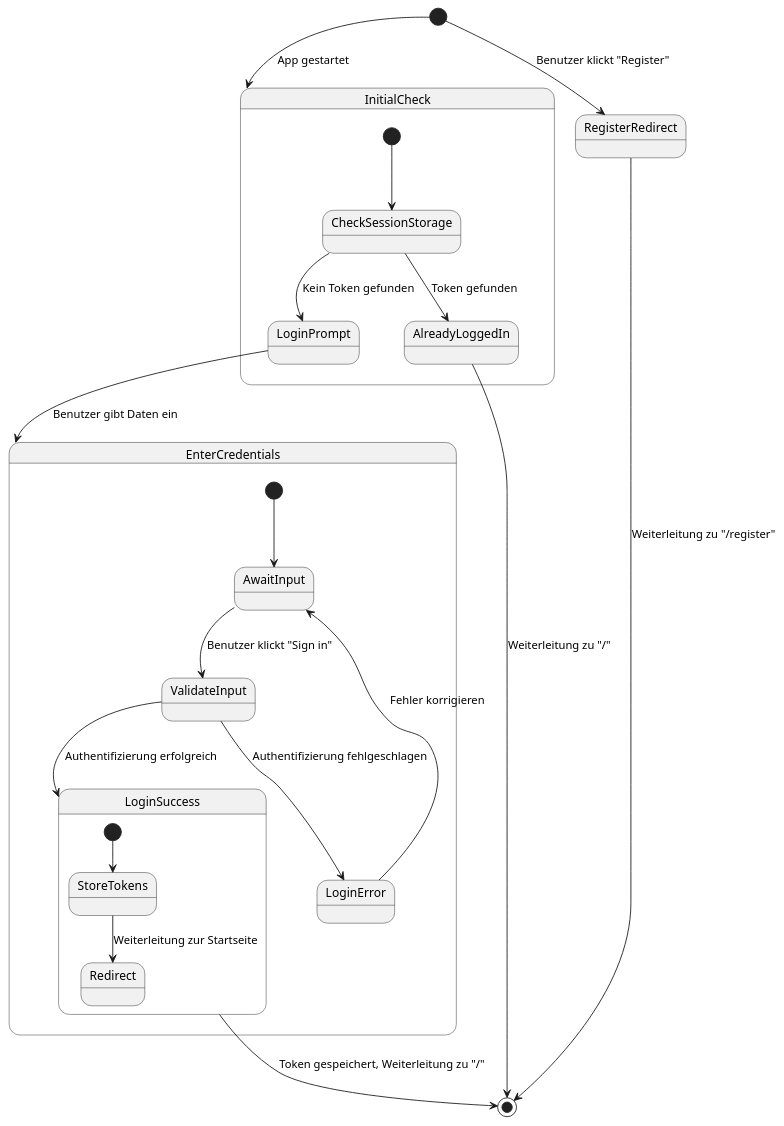
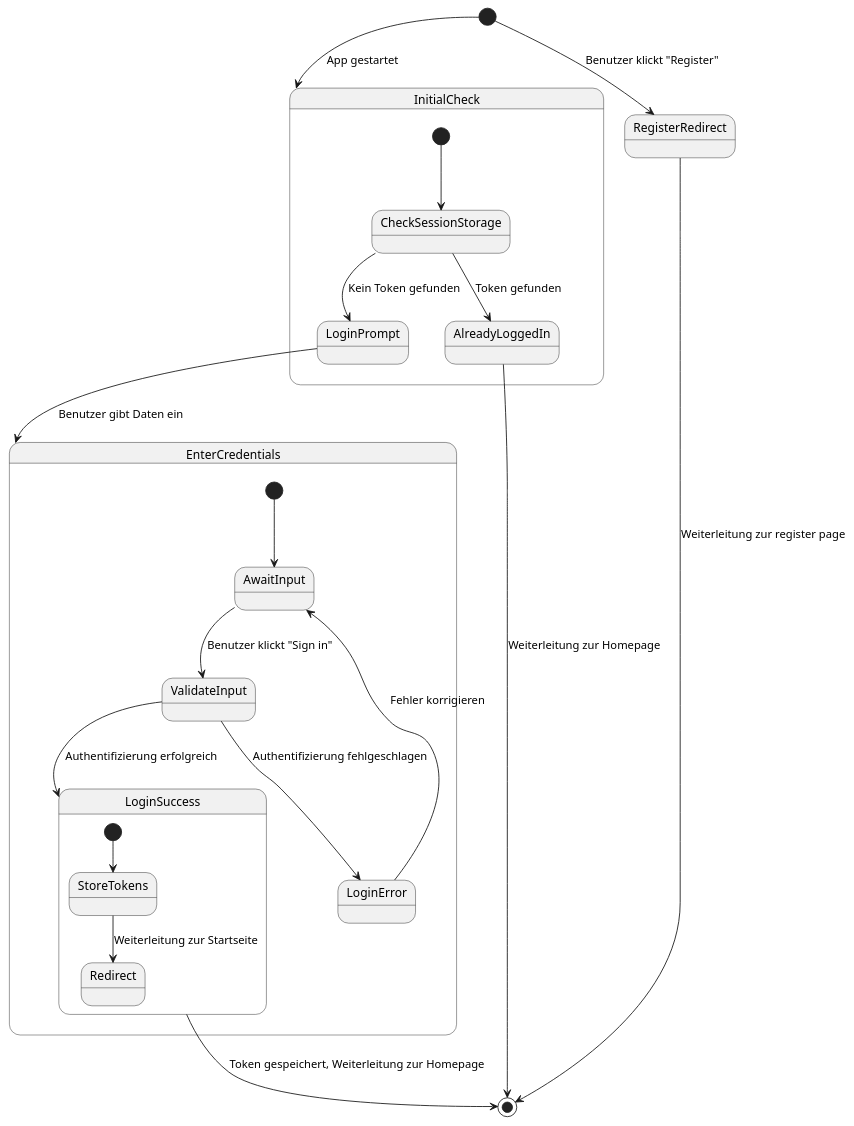
The diagram in .extras/doc/login.puml (MarioMansaku/Project_Abgabe.2), drawn with PlantUML before and after one commit. The commit also changed 2 other files, not shown here.

Commit message:
Updated Plantuml Diagramme

```diff
--- a/.extras/doc/login.puml
+++ b/.extras/doc/login.puml
@@ -1,30 +1,30 @@
 @startuml Login
 [*] --> InitialCheck : App gestartet
 
 state InitialCheck {
   [*] --> CheckSessionStorage
   CheckSessionStorage --> AlreadyLoggedIn : Token gefunden
   CheckSessionStorage --> LoginPrompt : Kein Token gefunden
 }
 
-AlreadyLoggedIn --> [*] : Weiterleitung zu "/"
+AlreadyLoggedIn --> [*] : Weiterleitung zur Homepage 
 LoginPrompt --> EnterCredentials : Benutzer gibt Daten ein
 
 state EnterCredentials {
   [*] --> AwaitInput
   AwaitInput --> ValidateInput : Benutzer klickt "Sign in"
   ValidateInput --> LoginSuccess : Authentifizierung erfolgreich
   ValidateInput --> LoginError : Authentifizierung fehlgeschlagen
 }
 
 LoginError --> AwaitInput : Fehler korrigieren
-LoginSuccess --> [*] : Token gespeichert, Weiterleitung zu "/"
+LoginSuccess --> [*] : Token gespeichert, Weiterleitung zur Homepage
 
 state LoginSuccess {
   [*] --> StoreTokens
   StoreTokens --> Redirect : Weiterleitung zur Startseite
 }
 
 [*] --> RegisterRedirect : Benutzer klickt "Register"
-RegisterRedirect --> [*] : Weiterleitung zu "/register"
+RegisterRedirect --> [*] : Weiterleitung zur register page
 @enduml
```
